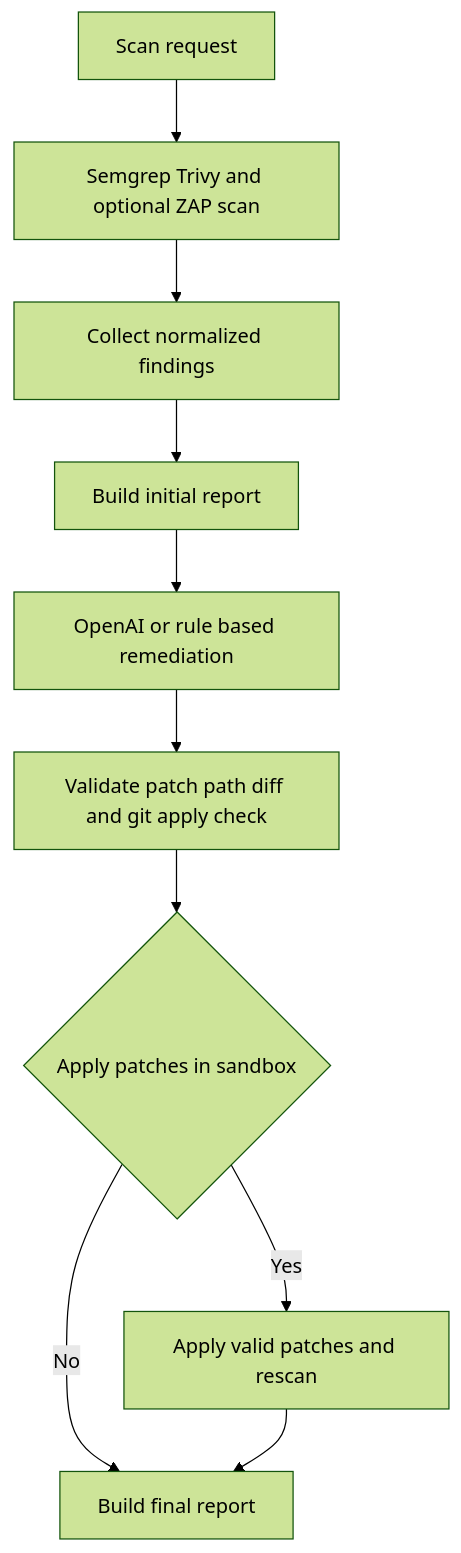
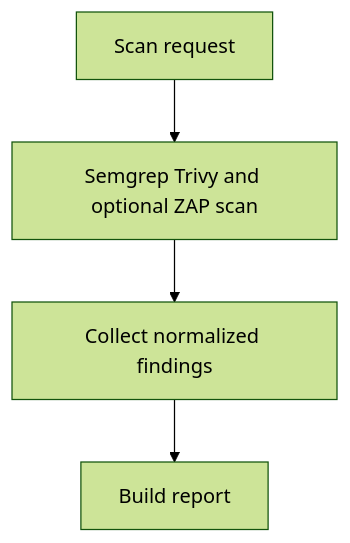
The diagram in README.md (junmin0413/defAPI), drawn with Mermaid (forest theme) before and after one commit. The commit also changed other lines of this file and 13 other files, not shown here.

````diff
--- a/README.md
+++ b/README.md
@@ -24,12 +17,6 @@
 ```mermaid
 flowchart TD
     Request[Scan request] --> Scanners[Semgrep Trivy and optional ZAP scan]
     Scanners --> Findings[Collect normalized findings]
-    Findings --> InitialReport[Build initial report]
-    InitialReport --> Remediation[OpenAI or rule based remediation]
-    Remediation --> Validation[Validate patch path diff and git apply check]
-    Validation --> Sandbox{Apply patches in sandbox}
-    Sandbox -- Yes --> Rescan[Apply valid patches and rescan]
-    Sandbox -- No --> FinalReport[Build final report]
-    Rescan --> FinalReport
+    Findings --> Report[Build report]
 ```
````
